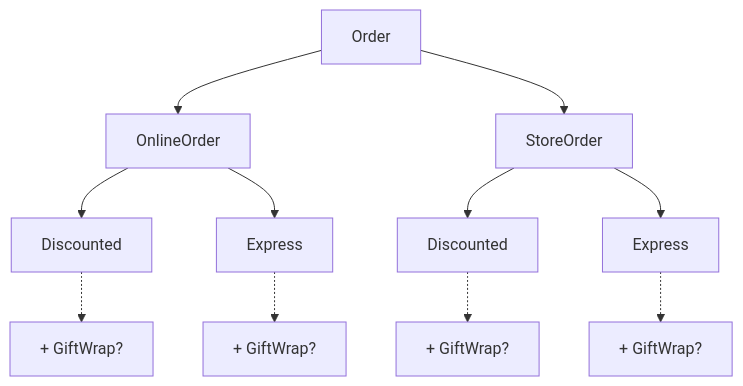
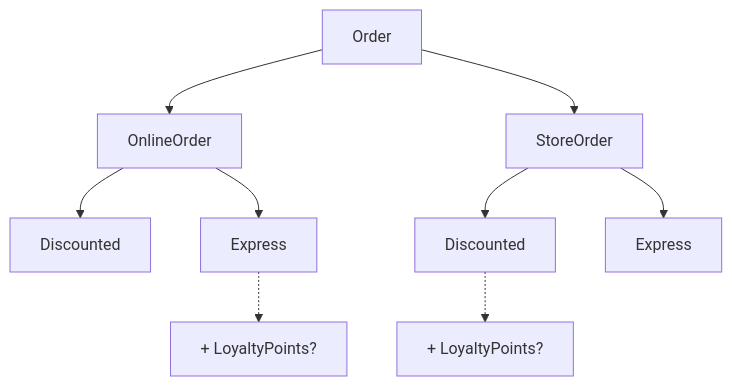
The fourth of 5 diagrams in slides.md (JohannesKlauss/functional-domain-modeling), drawn with Mermaid before and after one commit. The commit also changed other lines of this file, not shown here.

````diff
--- a/slides.md
+++ b/slides.md
@@ -66,10 +95,10 @@
 ```mermaid
 flowchart TB
   Order --> OnlineOrder & StoreOrder
   OnlineOrder --> OnlineDiscount[Discounted] & OnlineExpress[Express]
   StoreOrder --> StoreDiscount[Discounted] & StoreExpress[Express]
-  OnlineDiscount -.-> Gift1[+ GiftWrap?]
-  OnlineExpress -.-> Gift2[+ GiftWrap?]
-  StoreDiscount -.-> Gift3[+ GiftWrap?]
-  StoreExpress -.-> Gift4[+ GiftWrap?]
+  OnlineDiscount
+  OnlineExpress -.-> Loyalty1[+ LoyaltyPoints?]
+  StoreDiscount -.-> Loyalty3[+ LoyaltyPoints?]
+  StoreExpress
 ```
````
